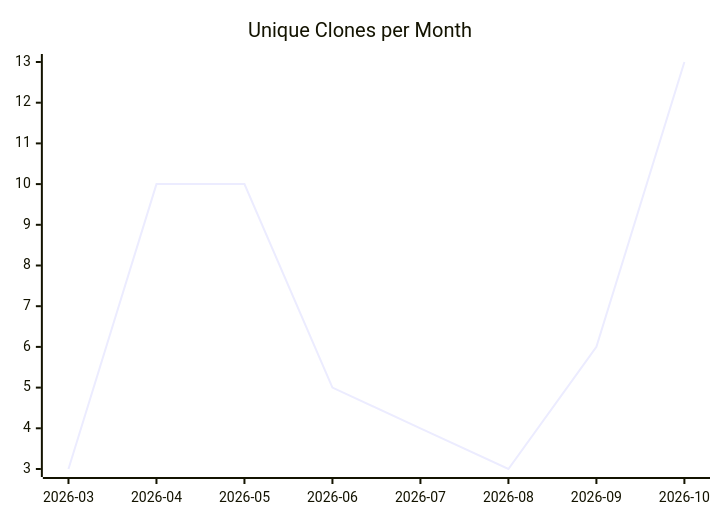
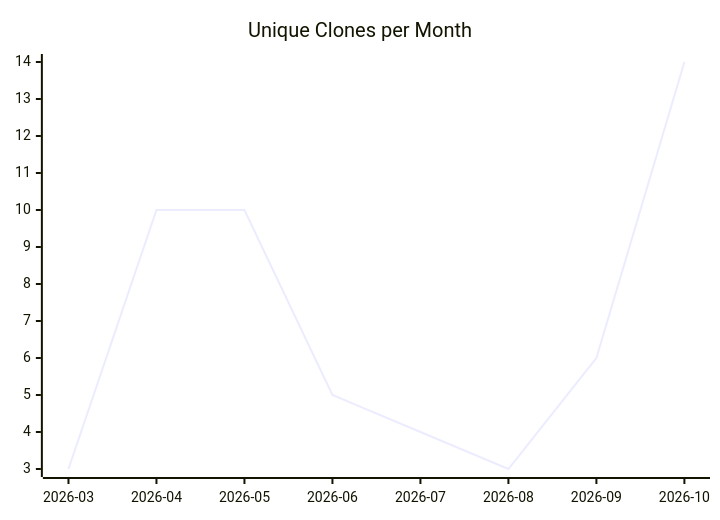
Before and after one commit to justdavis-family/github-analytics-data: the third of 3 diagrams in karlmdavis/can-i-kayak-baltimore/README.md, drawn with Mermaid. The commit also changed other lines of this file and 196 other files, not shown here.

````diff
--- a/karlmdavis/can-i-kayak-baltimore/README.md
+++ b/karlmdavis/can-i-kayak-baltimore/README.md
@@ -19,6 +19,6 @@
 ```mermaid
 xychart-beta
   title "Unique Clones per Month"
   x-axis ["2026-03", "2026-04", "2026-05", "2026-06", "2026-07", "2026-08", "2026-09", "2026-10"]
-  line [3, 10, 10, 5, 4, 3, 6, 13]
+  line [3, 10, 10, 5, 4, 3, 6, 14]
 ```
````
